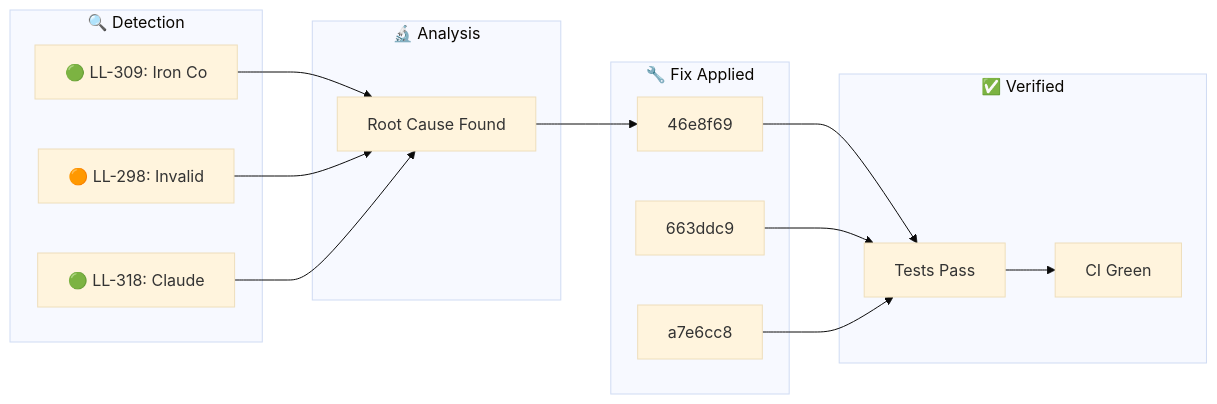
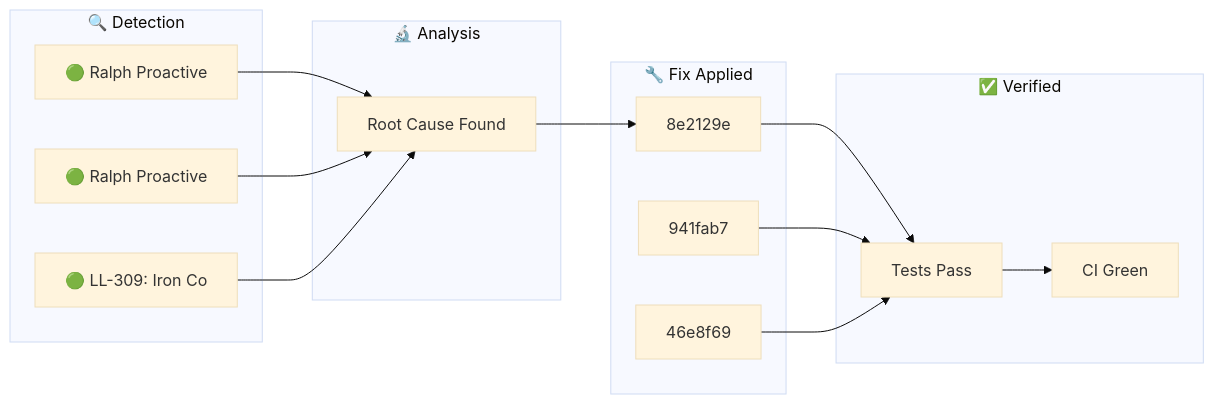
Before and after one commit to YoByron/trading: the diagram in docs/_posts/2026-01-29-ralph-discovery.md, drawn with Mermaid (base theme). The commit also changed other lines of this file, not shown here.

Commit message:
docs(ralph): Auto-publish discovery blog post

````diff
--- a/docs/_posts/2026-01-29-ralph-discovery.md
+++ b/docs/_posts/2026-01-29-ralph-discovery.md
@@ -17,28 +17,28 @@
 ```mermaid
 flowchart LR
     subgraph Detection["🔍 Detection"]
-        D1["🟢 LL-309: Iron Co"]
-        D2["🟠 LL-298: Invalid"]
-        D3["🟢 LL-318: Claude "]
+        D1["🟢 Ralph Proactive"]
+        D2["🟢 Ralph Proactive"]
+        D3["🟢 LL-309: Iron Co"]
     end
     subgraph Analysis["🔬 Analysis"]
         A1["Root Cause Found"]
     end
     subgraph Fix["🔧 Fix Applied"]
-        F1["46e8f69"]
-        F2["663ddc9"]
-        F3["a7e6cc8"]
+        F1["8e2129e"]
+        F2["941fab7"]
+        F3["46e8f69"]
     end
     subgraph Verify["✅ Verified"]
         V1["Tests Pass"]
         V2["CI Green"]
     end
     D1 --> A1
     D2 --> A1
     D3 --> A1
     A1 --> F1
     F1 --> V1
     F2 --> V1
     F3 --> V1
     V1 --> V2
 ```
````
